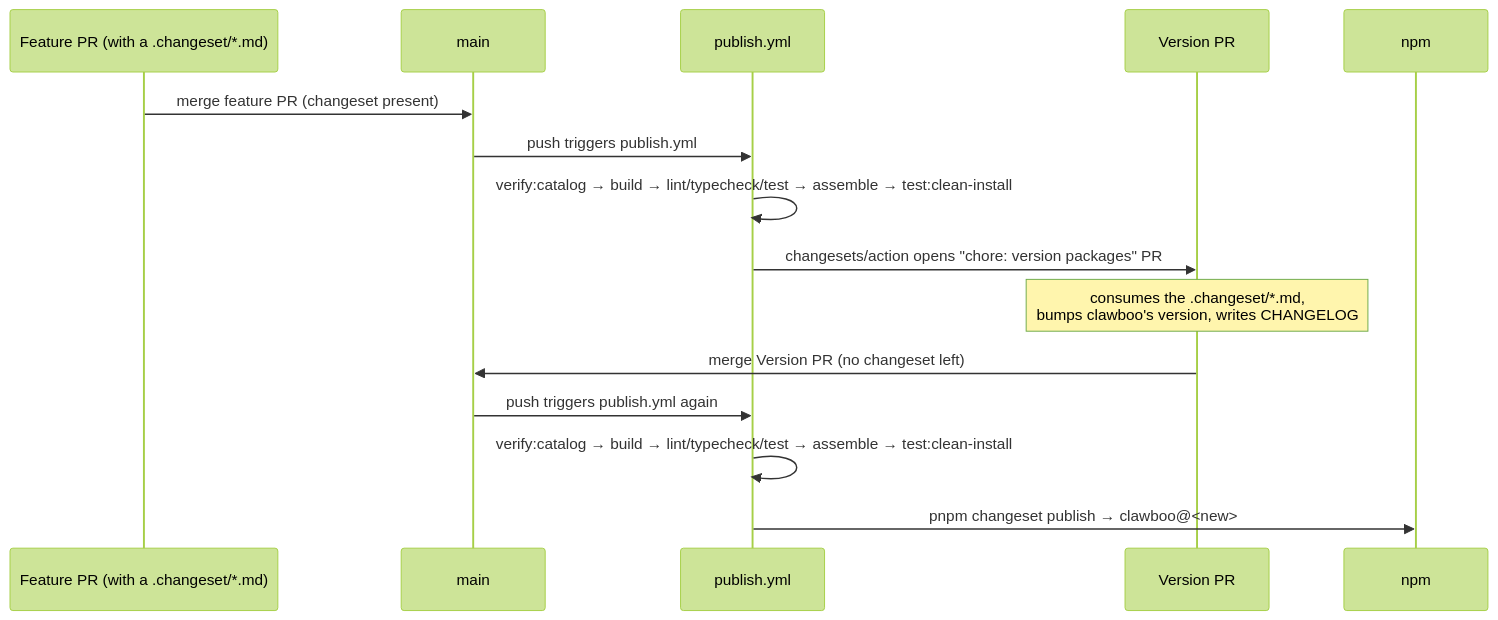
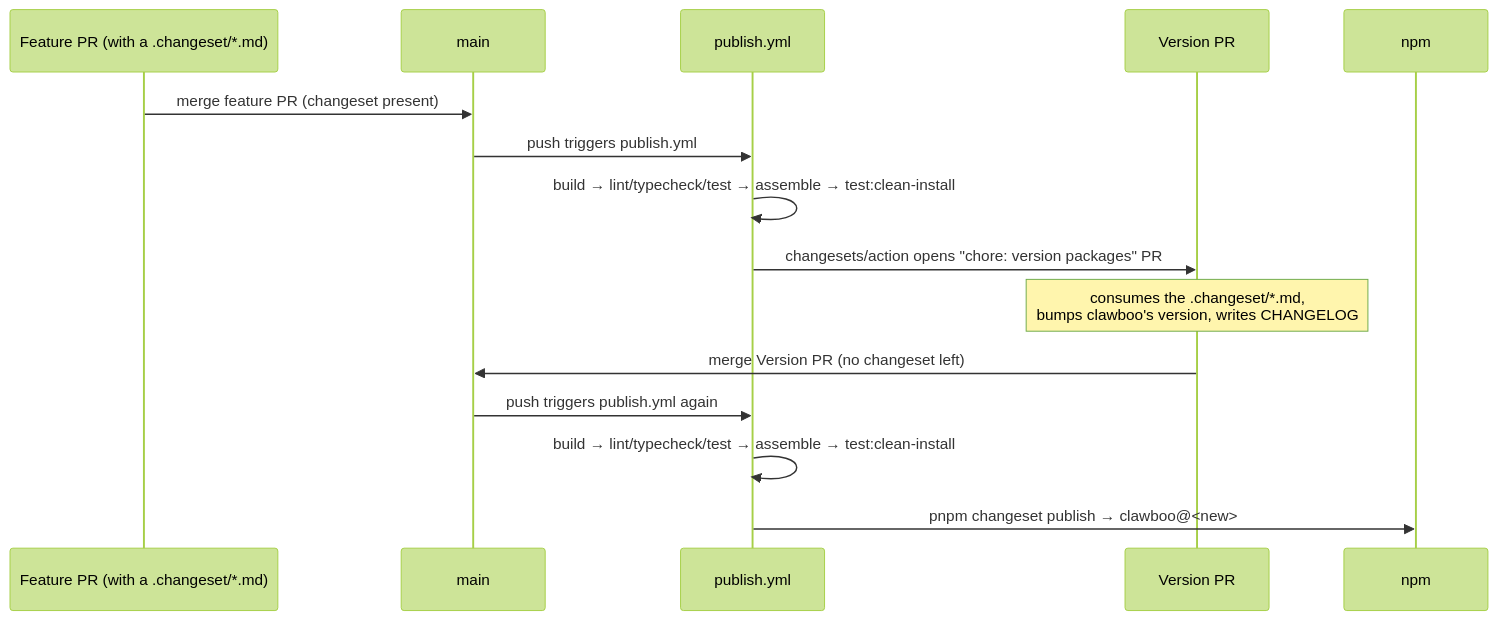
The second of 2 diagrams in docs/internals/release-process.md (clawboo/clawboo), drawn with Mermaid (forest theme) before and after one commit. The commit also changed other lines of this file and 756 other files, not shown here.

````diff
--- a/docs/internals/release-process.md
+++ b/docs/internals/release-process.md
@@ -98,18 +118,18 @@
 ```mermaid
 sequenceDiagram
     participant Dev as Feature PR (with a .changeset/*.md)
     participant Main as main
     participant Pub as publish.yml
     participant VPR as Version PR
     participant npm
 
     Dev->>Main: merge feature PR (changeset present)
     Main->>Pub: push triggers publish.yml
-    Pub->>Pub: verify:catalog → build → lint/typecheck/test → assemble → test:clean-install
+    Pub->>Pub: build → lint/typecheck/test → assemble → test:clean-install
     Pub->>VPR: changesets/action opens "chore: version packages" PR
     Note over VPR: consumes the .changeset/*.md,<br/>bumps clawboo's version, writes CHANGELOG
     VPR->>Main: merge Version PR (no changeset left)
     Main->>Pub: push triggers publish.yml again
-    Pub->>Pub: verify:catalog → build → lint/typecheck/test → assemble → test:clean-install
+    Pub->>Pub: build → lint/typecheck/test → assemble → test:clean-install
     Pub->>npm: pnpm changeset publish → clawboo@<new>
 ```
````
